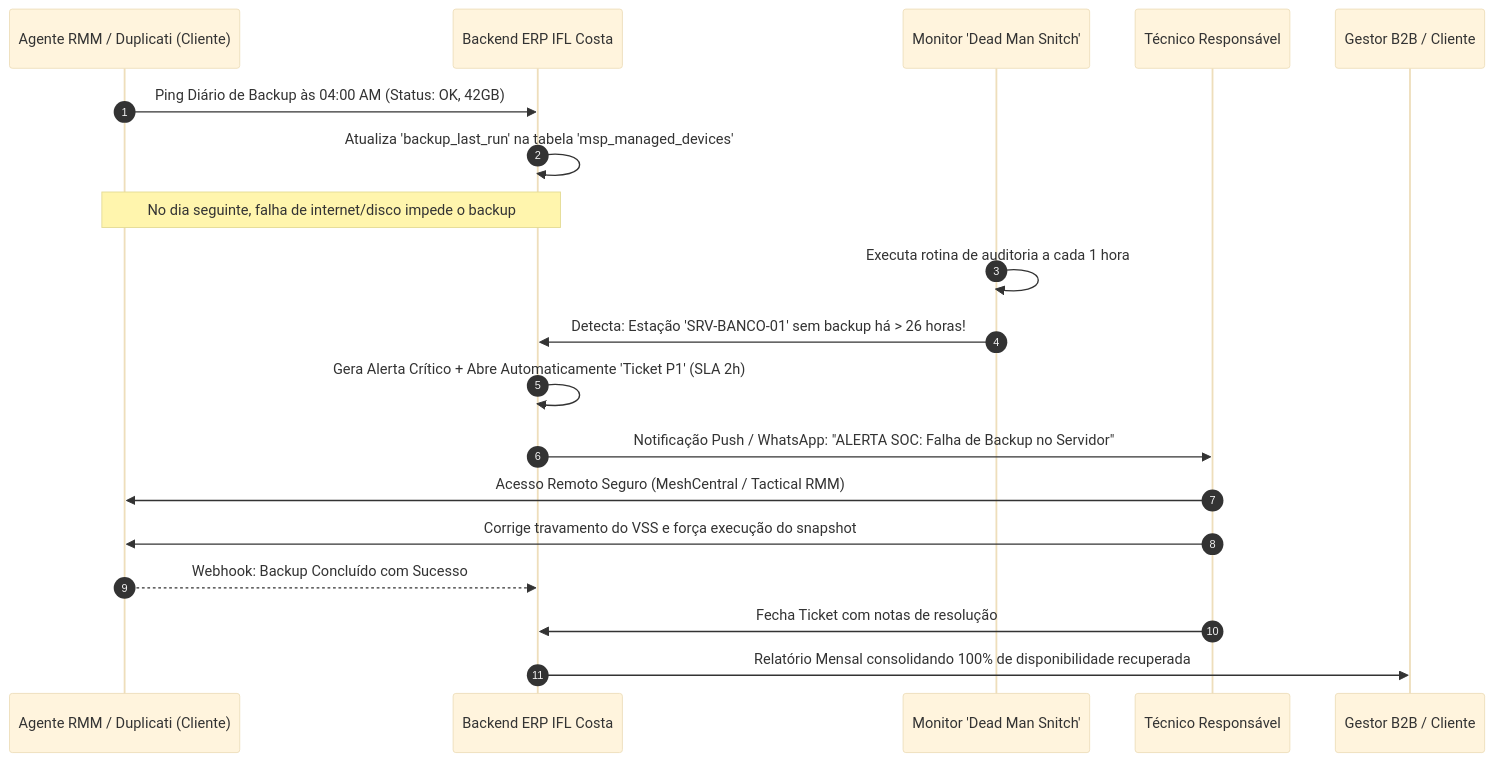
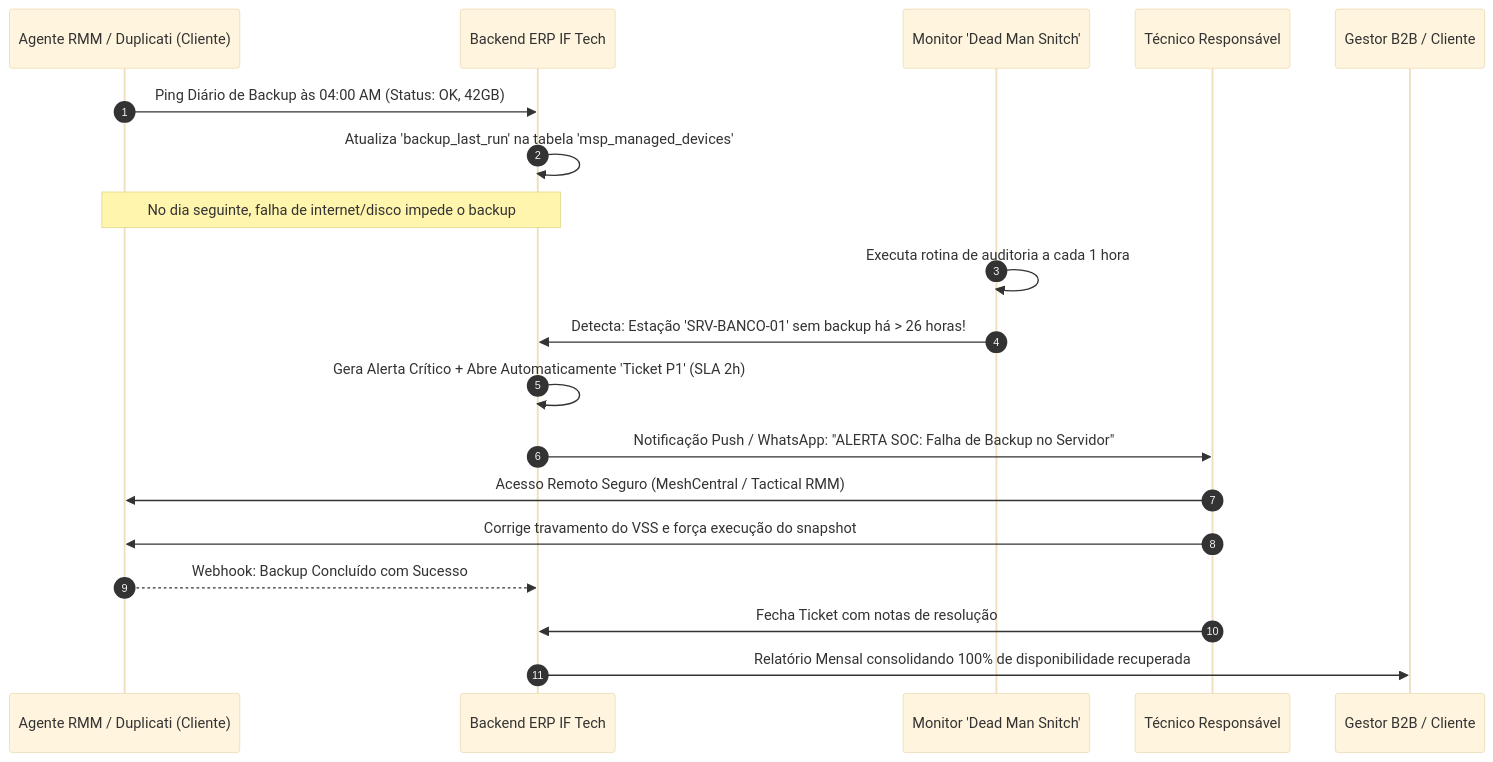
Before and after one commit to iflcosta/iflcosta-tech: the third of 3 diagrams in docs/ops/ERP_ARCHITECTURE_AUDIT_REVIEW.md, drawn with Mermaid (base theme). The commit also changed other lines of this file and 40 other files, not shown here.

Commit message:
chore(brand): rebrand system and documentation from IFL Costa Tech to IF Tech

````diff
--- a/docs/ops/ERP_ARCHITECTURE_AUDIT_REVIEW.md
+++ b/docs/ops/ERP_ARCHITECTURE_AUDIT_REVIEW.md
@@ -484,26 +484,26 @@
 ```mermaid
 sequenceDiagram
     autonumber
     participant Agent as Agente RMM / Duplicati (Cliente)
-    participant ERP as Backend ERP IFL Costa
+    participant ERP as Backend ERP IF Tech
     participant Cron as Monitor 'Dead Man Snitch'
     participant Tech as Técnico Responsável
     participant Gestor as Gestor B2B / Cliente
 
     Agent->>ERP: Ping Diário de Backup às 04:00 AM (Status: OK, 42GB)
     ERP->>ERP: Atualiza 'backup_last_run' na tabela 'msp_managed_devices'
     
     Note over Agent,ERP: No dia seguinte, falha de internet/disco impede o backup
     
     Cron->>Cron: Executa rotina de auditoria a cada 1 hora
     Cron->>ERP: Detecta: Estação 'SRV-BANCO-01' sem backup há > 26 horas!
     ERP->>ERP: Gera Alerta Crítico + Abre Automaticamente 'Ticket P1' (SLA 2h)
     ERP->>Tech: Notificação Push / WhatsApp: "ALERTA SOC: Falha de Backup no Servidor"
     
     Tech->>Agent: Acesso Remoto Seguro (MeshCentral / Tactical RMM)
     Tech->>Agent: Corrige travamento do VSS e força execução do snapshot
     Agent-->>ERP: Webhook: Backup Concluído com Sucesso
     Tech->>ERP: Fecha Ticket com notas de resolução
     
     ERP->>Gestor: Relatório Mensal consolidando 100% de disponibilidade recuperada
 ```
````
